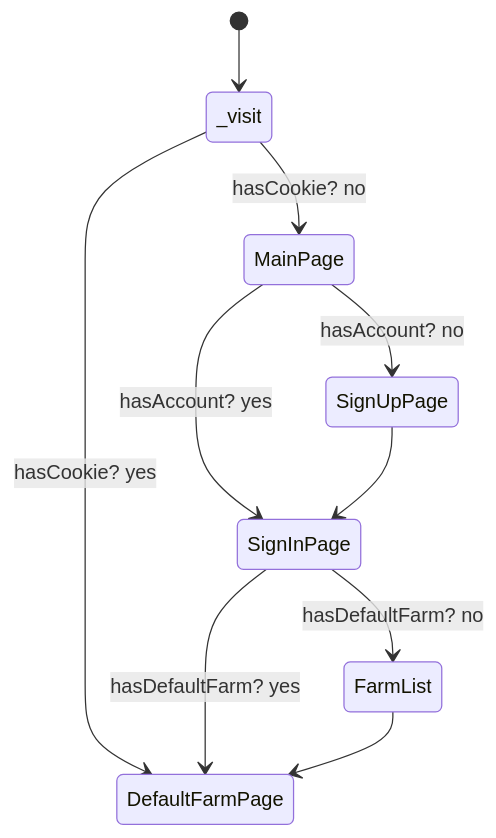
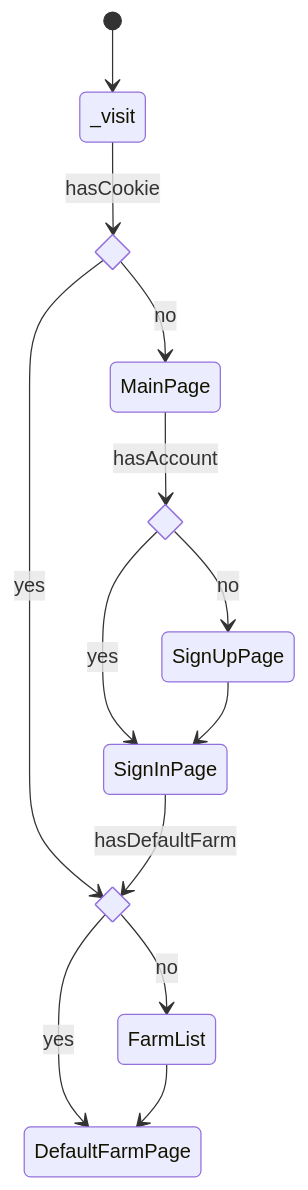
Before and after one commit to jadewisemann/Smart_Farm_Monitoring_System: the diagram in FrontEndApp/docs/Producer_App_Page_Flow.md, drawn with Mermaid. The commit also changed 16 other files, not shown here.

Commit message:
docs: fix flow

````diff
--- a/FrontEndApp/docs/Producer_App_Page_Flow.md
+++ b/FrontEndApp/docs/Producer_App_Page_Flow.md
@@ -2,13 +2,23 @@
 ```mermaid
 stateDiagram-v2
+state if_state <<choice>>
+state if_state_1 <<choice>>
+state if_state_2 <<choice>>
 
 [*] --> _visit
-_visit --> MainPage: hasCookie? no
-_visit --> DefaultFarmPage:hasCookie? yes
-MainPage --> SignInPage: hasAccount? yes
-MainPage  --> SignUpPage: hasAccount? no
+_visit --> if_state:hasCookie
+if_state --> MainPage: no
+if_state --> if_state_2:yes
+
+MainPage --> if_state_1: hasAccount
+if_state_1 -->SignInPage: yes
+if_state_1 --> SignUpPage: no
+
 SignUpPage --> SignInPage
-SignInPage --> FarmList: hasDefaultFarm? no
-SignInPage  --> DefaultFarmPage: hasDefaultFarm? yes
+
+SignInPage --> if_state_2: hasDefaultFarm
+if_state_2 --> FarmList: no
+if_state_2 --> DefaultFarmPage: yes
 FarmList --> DefaultFarmPage
+
 ```
````
